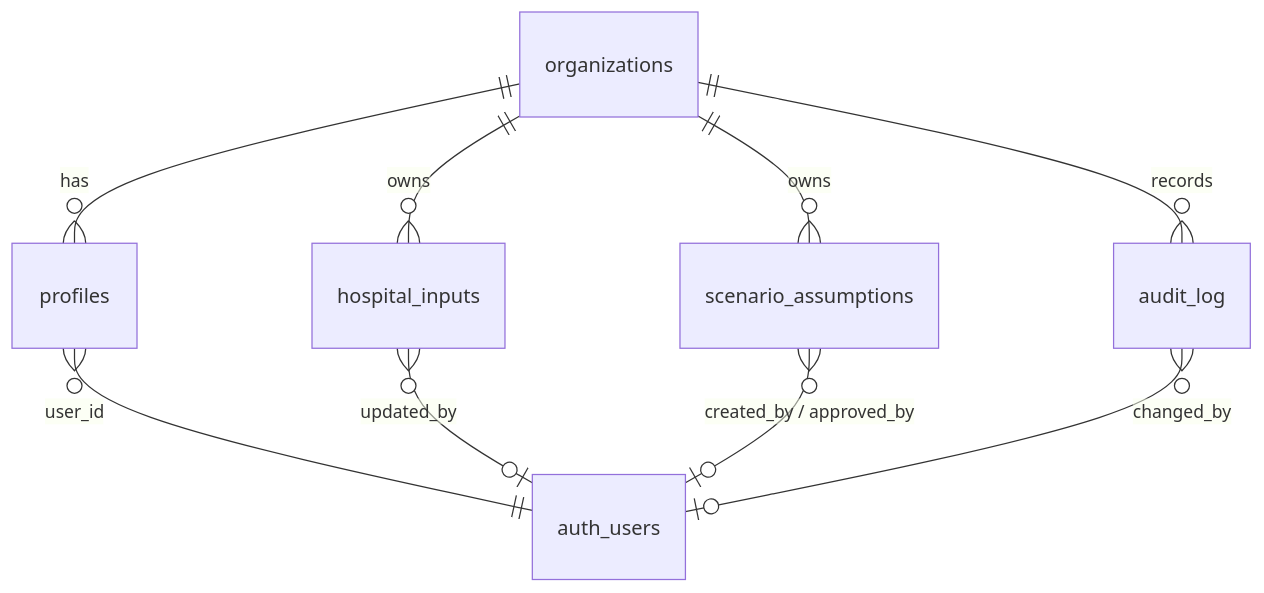
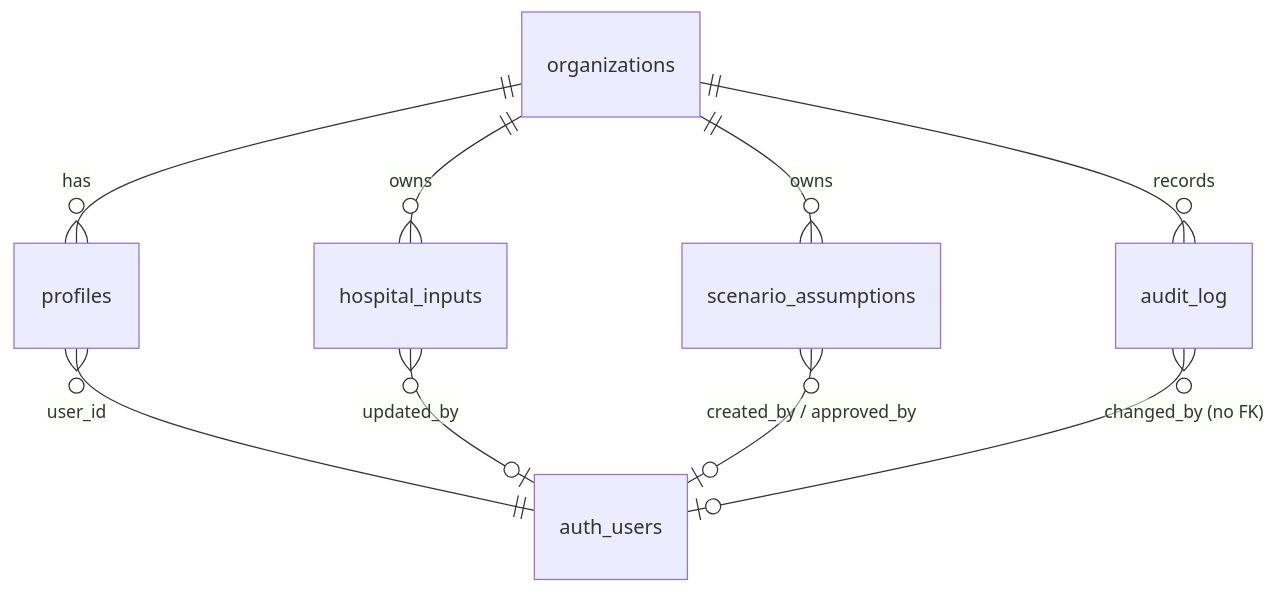
The diagram in docs/database-schema.md (abdortemt-arch/respiratory-gate-value-calculator), drawn with Mermaid before and after one commit. The commit also changed other lines of this file and 31 other files, not shown here.

````diff
--- a/docs/database-schema.md
+++ b/docs/database-schema.md
@@ -16,11 +16,11 @@
 ```mermaid
 erDiagram
   organizations ||--o{ profiles : has
   organizations ||--o{ hospital_inputs : owns
   organizations ||--o{ scenario_assumptions : owns
   organizations ||--o{ audit_log : records
   profiles }o--|| auth_users : "user_id"
   hospital_inputs }o--o| auth_users : "updated_by"
   scenario_assumptions }o--o| auth_users : "created_by / approved_by"
-  audit_log }o--o| auth_users : "changed_by"
+  audit_log }o--o| auth_users : "changed_by (no FK)"
 ```
````
